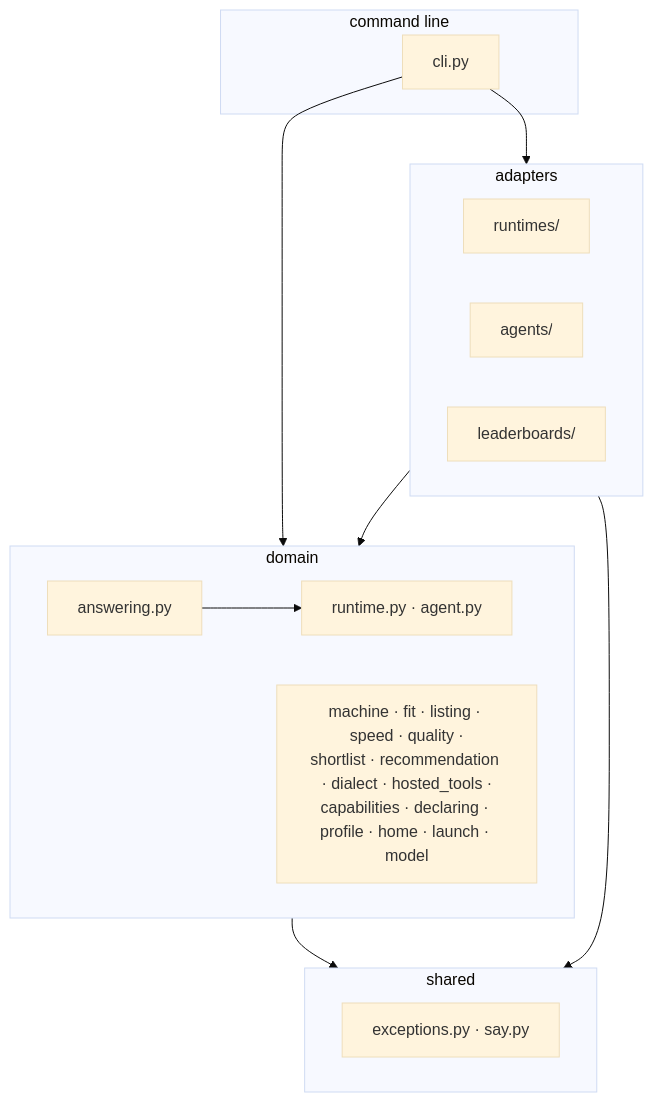
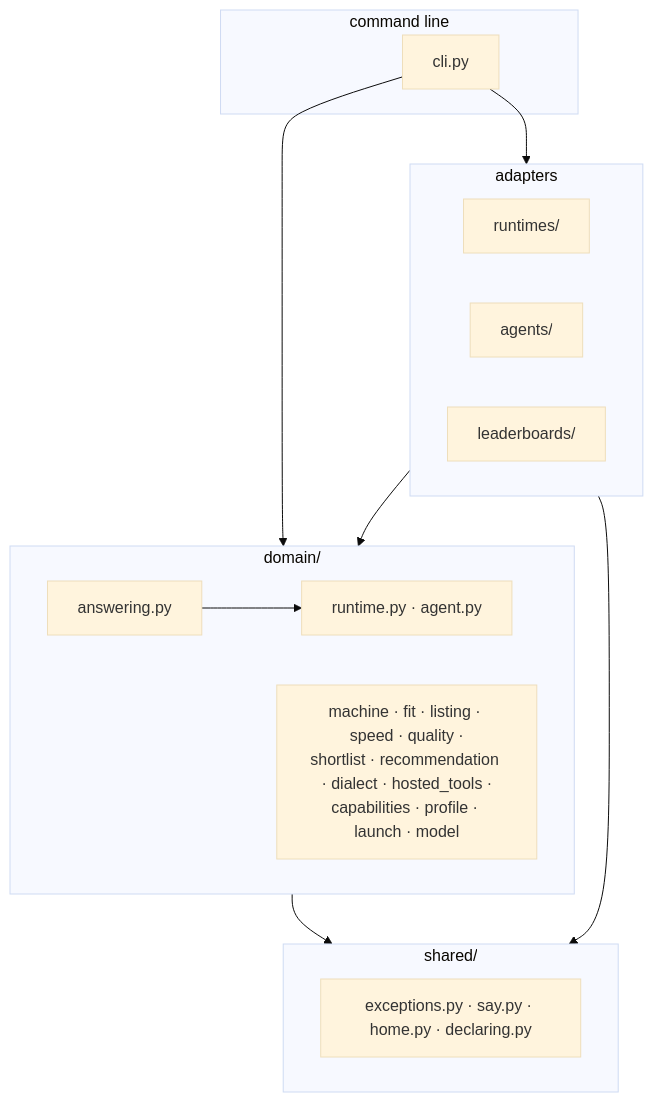
The first of 3 diagrams in docs/architecture.md (pvardanis/offgrid), drawn with Mermaid (base theme) before and after one commit. The commit also changed other lines of this file and 59 other files, not shown here.

````diff
--- a/docs/architecture.md
+++ b/docs/architecture.md
@@ -13,26 +13,26 @@
 ```mermaid
 flowchart TD
     subgraph cmd [command line]
         cli[cli.py]
     end
     subgraph adapters [adapters]
         rt["runtimes/"]
         ag["agents/"]
         lb["leaderboards/"]
     end
-    subgraph domain [domain]
+    subgraph domain ["domain/"]
         answering[answering.py]
         ports["runtime.py · agent.py"]
-        rest["machine · fit · listing · speed · quality ·<br/>shortlist · recommendation · dialect · hosted_tools ·<br/>capabilities · declaring · profile · home · launch · model"]
+        rest["machine · fit · listing · speed · quality ·<br/>shortlist · recommendation · dialect · hosted_tools ·<br/>capabilities · profile · launch · model"]
     end
-    subgraph shared [shared]
-        sh["exceptions.py · say.py"]
+    subgraph shared ["shared/"]
+        sh["exceptions.py · say.py · home.py · declaring.py"]
     end
 
     cli --> adapters
     cli --> domain
     adapters --> domain
     domain --> shared
     adapters --> shared
     answering --> ports
 ```
````
